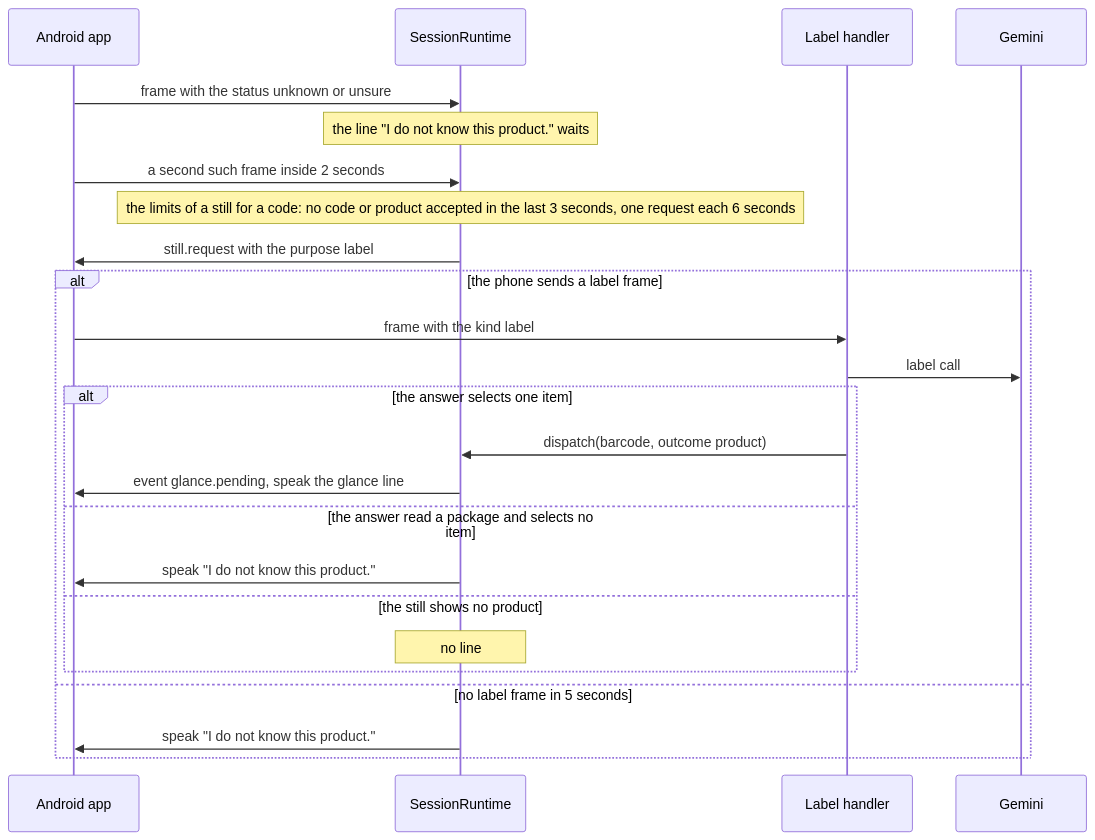
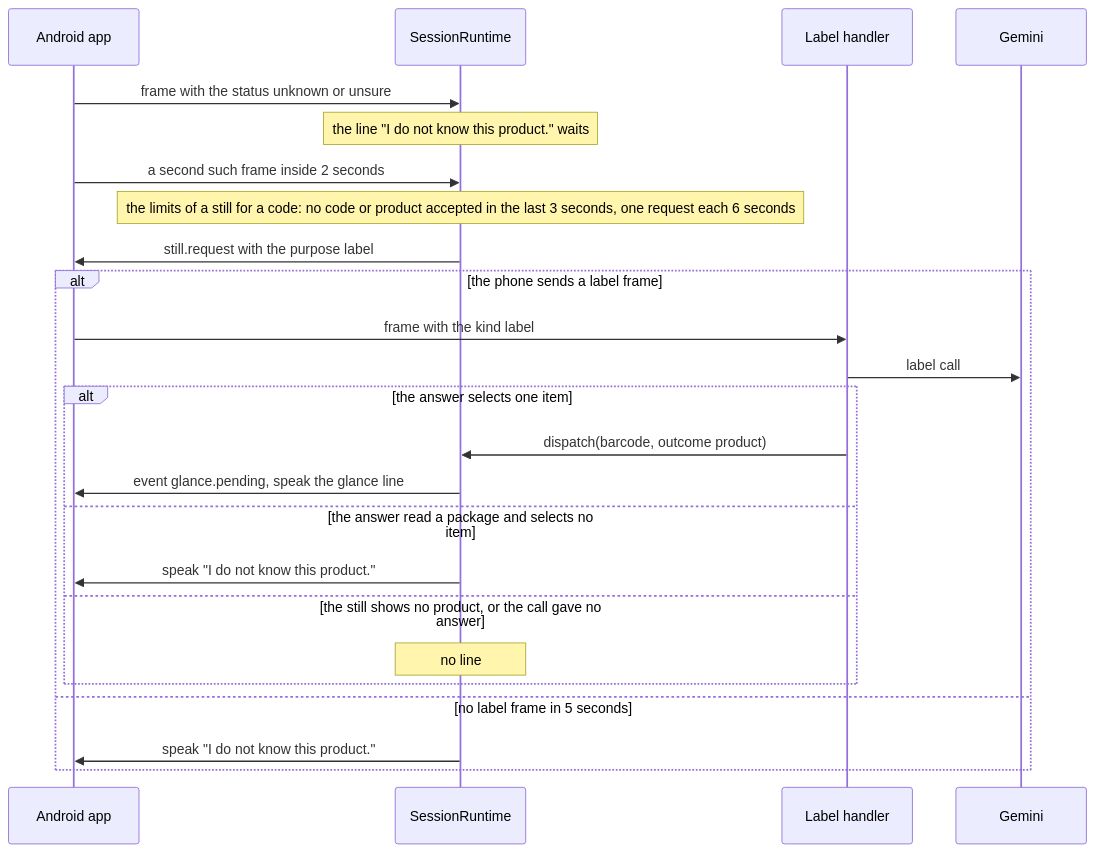
One commit to mrBymax/glance changed the eighth of 14 diagrams in docs/architecture.md. Above: the diagram before and after it, drawn with Mermaid. The commit also changed other lines of this file and 10 other files, not shown here.

````diff
--- a/docs/architecture.md
+++ b/docs/architecture.md
@@ -380,27 +382,27 @@
 ```mermaid
 sequenceDiagram
   participant App as Android app
   participant Runtime as SessionRuntime
   participant Label as Label handler
   participant Gemini
 
   App->>Runtime: frame with the status unknown or unsure
   Note over Runtime: the line "I do not know this product." waits
   App->>Runtime: a second such frame inside 2 seconds
   Note over Runtime: the limits of a still for a code: no code or product accepted in the last 3 seconds, one request each 6 seconds
   Runtime->>App: still.request with the purpose label
   alt the phone sends a label frame
     App->>Label: frame with the kind label
     Label->>Gemini: label call
     alt the answer selects one item
       Label->>Runtime: dispatch(barcode, outcome product)
       Runtime->>App: event glance.pending, speak the glance line
     else the answer read a package and selects no item
       Runtime->>App: speak "I do not know this product."
-    else the still shows no product
+    else the still shows no product, or the call gave no answer
       Note over Runtime: no line
     end
   else no label frame in 5 seconds
     Runtime->>App: speak "I do not know this product."
   end
 ```
````
